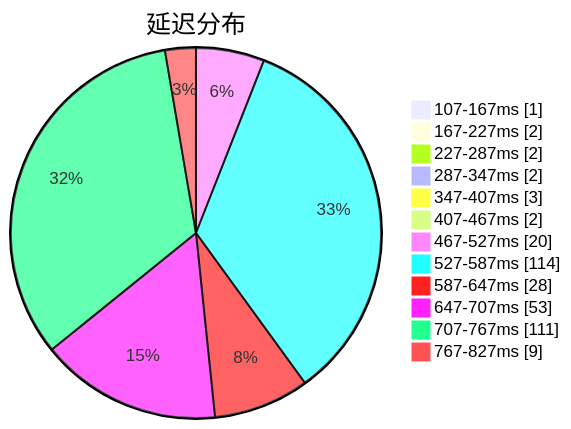
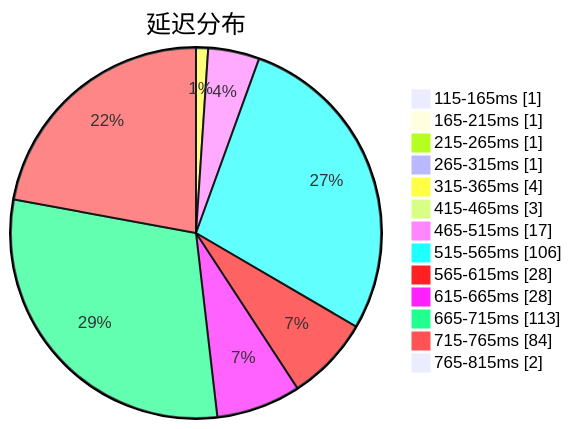
One commit to sinspired/airport changed the first of 3 diagrams in subs/statistics/tested_within.md. Above: the diagram before and after it, drawn with Mermaid. The commit also changed other lines of this file and 2 other files, not shown here.

````diff
--- a/subs/statistics/tested_within.md
+++ b/subs/statistics/tested_within.md
@@ -2,16 +2,17 @@
 ```mermaid
 pie showData
 title 延迟分布
-"107-167ms" : 1
-"167-227ms" : 2
-"227-287ms" : 2
-"287-347ms" : 2
-"347-407ms" : 3
-"407-467ms" : 2
-"467-527ms" : 20
-"527-587ms" : 114
-"587-647ms" : 28
-"647-707ms" : 53
-"707-767ms" : 111
-"767-827ms" : 9
+"115-165ms" : 1
+"165-215ms" : 1
+"215-265ms" : 1
+"265-315ms" : 1
+"315-365ms" : 4
+"415-465ms" : 3
+"465-515ms" : 17
+"515-565ms" : 106
+"565-615ms" : 28
+"615-665ms" : 28
+"665-715ms" : 113
+"715-765ms" : 84
+"765-815ms" : 2
 ```
````
